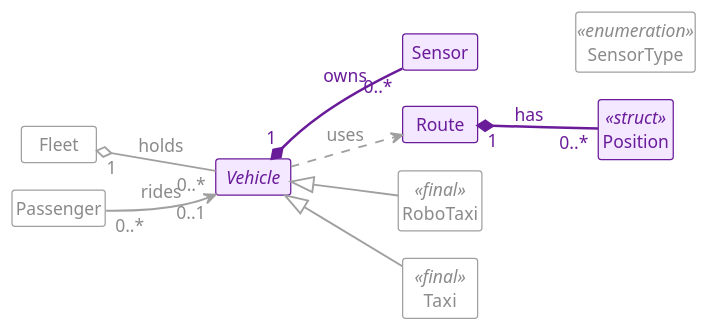
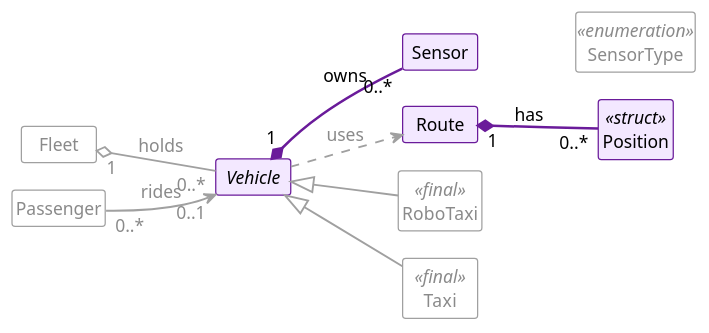
One commit to zeidk/enpm702-fall-2026-cpp changed the diagram in project/week9/uml/model_l9_composition.plantuml. Above: the diagram before and after it, drawn with PlantUML. The commit also changed 39 other files, not shown here.

```diff
--- a/project/week9/uml/model_l9_composition.plantuml
+++ b/project/week9/uml/model_l9_composition.plantuml
@@ -1,91 +1,91 @@
 @startuml model_l9_composition
 ' Generated for the slides.
 !theme mono
 skinparam backgroundColor white
 skinparam defaultFontName "Fira Sans"
 skinparam defaultFontSize 14
 skinparam shadowing false
 skinparam classAttributeIconSize 0
 skinparam nodesep 22
 skinparam ranksep 50
 skinparam ArrowThickness 1.5
 hide circle
 hide members
 skinparam minClassWidth 60
 skinparam classStereotypeFontSize 14
 left to right direction
 
 class Fleet #back:FFFFFF;line:A0A0A0;text:8A8A8A {
   - vehicles_ : vector<shared_ptr<Vehicle>>
   + add(shared_ptr<Vehicle>) : void
   + remove(int) : bool
   + size() : size_t
 }
 class Passenger #back:FFFFFF;line:A0A0A0;text:8A8A8A {
   - name_ : string
   - ride_ : weak_ptr<Vehicle>
   + board(shared_ptr<Vehicle>) : void
   + leave() : void
 }
-abstract class Vehicle #back:F3E8FF;line:6A1B9A;text:6A1B9A {
+abstract class Vehicle #back:F3E8FF;line:6A1B9A;text:000000 {
   - id_ : int
   - {static} next_id_ : int
   - max_speed_ : double
   - speed_ : double
   - color_ : string
   - mileage_ : double
   - sensors_ : vector<unique_ptr<Sensor>>
   + Vehicle(double)
   + get_id() : int
   + get_color() : const string&
   + get_max_speed() : double
   + get_speed() : double
   + set_speed(double) : void
   + get_mileage() : double
   + add_mileage(double) : void
   + add_sensor(SensorType, double) : int
   + sensor_count() : size_t
   + get_sensors() : const vector<unique_ptr<Sensor>>&
   + {abstract} drive(const Route&) : void
   # log_event(const string&) : void
 }
-class Sensor #back:F3E8FF;line:6A1B9A;text:6A1B9A {
+class Sensor #back:F3E8FF;line:6A1B9A;text:000000 {
   - id_ : int
   - type_ : SensorType
   - range_ : double
   + Sensor(int, SensorType, double)
   + get_id() : int
   + get_type() : SensorType
   + get_range() : double
 }
 enum SensorType <<enumeration>> #back:FFFFFF;line:A0A0A0;text:8A8A8A {
   lidar
   camera
   radar
 }
-class Route #back:F3E8FF;line:6A1B9A;text:6A1B9A {
+class Route #back:F3E8FF;line:6A1B9A;text:000000 {
   - waypoints_ : vector<Position>
   + add(Position) : void
   + length() : double
 }
-class Position <<struct>> #back:F3E8FF;line:6A1B9A;text:6A1B9A {
+class Position <<struct>> #back:F3E8FF;line:6A1B9A;text:000000 {
   + x : double
   + y : double
 }
 class RoboTaxi <<final>> #back:FFFFFF;line:A0A0A0;text:8A8A8A {
   + drive(const Route&) : void
 }
 class Taxi <<final>> #back:FFFFFF;line:A0A0A0;text:8A8A8A {
   - driver_name_ : string
   + drive(const Route&) : void
 }
 
 Fleet "<color:#8A8A8A>1</color>" o-[#A0A0A0]- "<color:#8A8A8A>0..*</color>" Vehicle : <color:#8A8A8A>holds</color>
 Passenger "<color:#8A8A8A>0..*</color>" -[#A0A0A0]-> "<color:#8A8A8A>0..1</color>" Vehicle : <color:#8A8A8A>rides</color>
-Vehicle "<color:#6A1B9A>1</color>" *-[#6A1B9A,thickness=2]- "<color:#6A1B9A>0..*</color>" Sensor : <color:#6A1B9A>owns</color>
+Vehicle "<color:#000000>1</color>" *-[#6A1B9A,thickness=2]- "<color:#000000>0..*</color>" Sensor : <color:#000000>owns</color>
 Vehicle .[#A0A0A0].> Route : <color:#8A8A8A>uses</color>
-Route "<color:#6A1B9A>1</color>" *-[#6A1B9A,thickness=2]- "<color:#6A1B9A>0..*</color>" Position : <color:#6A1B9A>has</color>
+Route "<color:#000000>1</color>" *-[#6A1B9A,thickness=2]- "<color:#000000>0..*</color>" Position : <color:#000000>has</color>
 Sensor -[hidden]-> SensorType
 Vehicle <|-[#A0A0A0]- RoboTaxi
 Vehicle <|-[#A0A0A0]- Taxi
 @enduml
```
